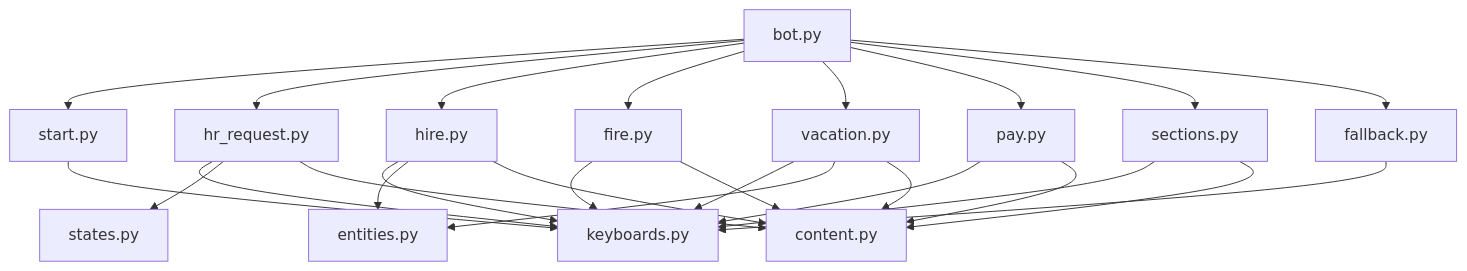
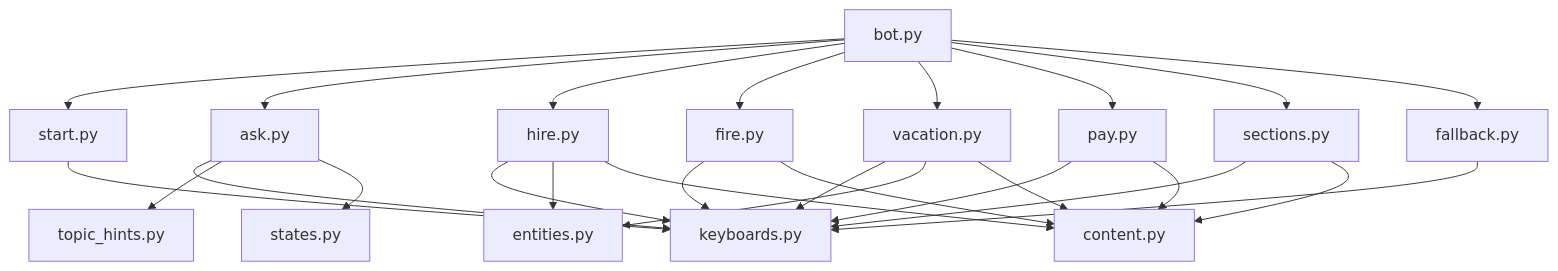
Before and after one commit to ognelis/cafetera_hr_bot: diagram 12 of 12 in .qoder/repowiki/en/content/VK Integration/Domain Content Management.md, drawn with Mermaid. The commit also changed other lines of this file and 16 other files, not shown here.

````diff
--- a/.qoder/repowiki/en/content/VK Integration/Domain Content Management.md
+++ b/.qoder/repowiki/en/content/VK Integration/Domain Content Management.md
@@ -455,28 +497,28 @@
 ```mermaid
 graph TB
 HSTART["start.py"] --> HKY["keyboards.py"]
-HHR["hr_request.py"] --> HKY
-HHR --> STT["states.py"]
-HHR --> CNT["content.py"]
+HASK["ask.py"] --> HKY
+HASK --> TH["topic_hints.py"]
+HASK --> STT["states.py"]
 HHIRE["hire.py"] --> HKY
 HHIRE --> ENT["entities.py"]
-HHIRE --> CNT
+HHIRE --> CNT["content.py"]
 HFIRE["fire.py"] --> HKY
 HFIRE --> CNT
 HVACA["vacation.py"] --> HKY
 HVACA --> ENT
 HVACA --> CNT
 HPAY["pay.py"] --> HKY
 HPAY --> CNT
 HSECT["sections.py"] --> HKY
 HSECT --> CNT
 HFALL["fallback.py"] --> HKY
 BOT["bot.py"] --> HSTART
-BOT --> HHR
+BOT --> HASK
 BOT --> HHIRE
 BOT --> HFIRE
 BOT --> HVACA
 BOT --> HPAY
 BOT --> HSECT
 BOT --> HFALL
 ```
````
